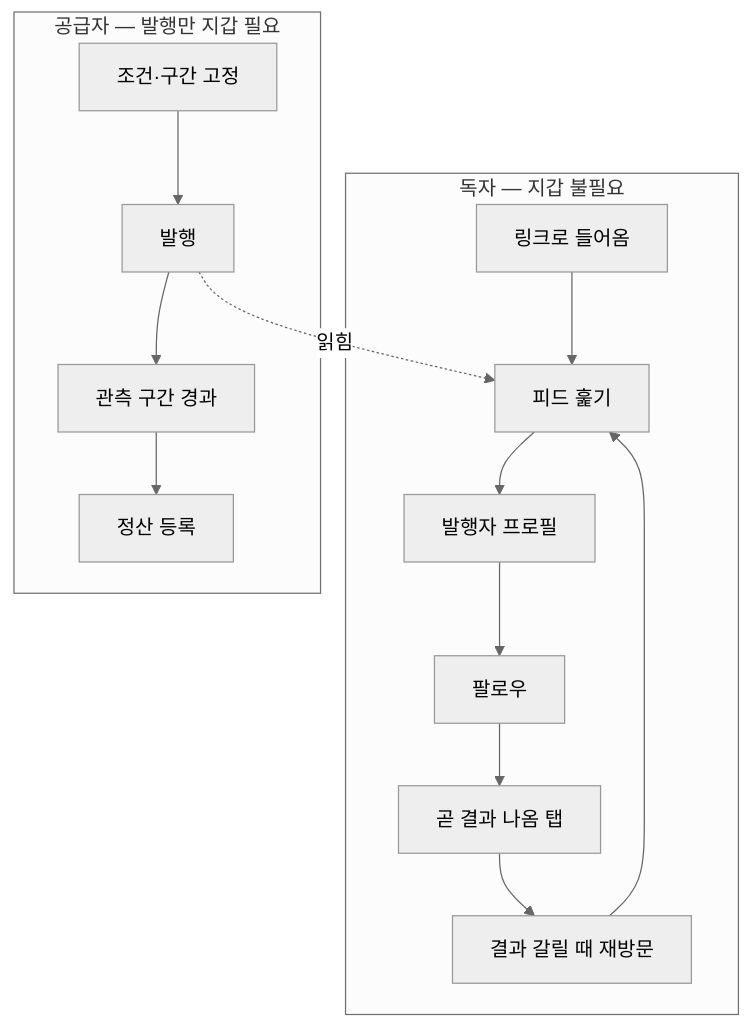
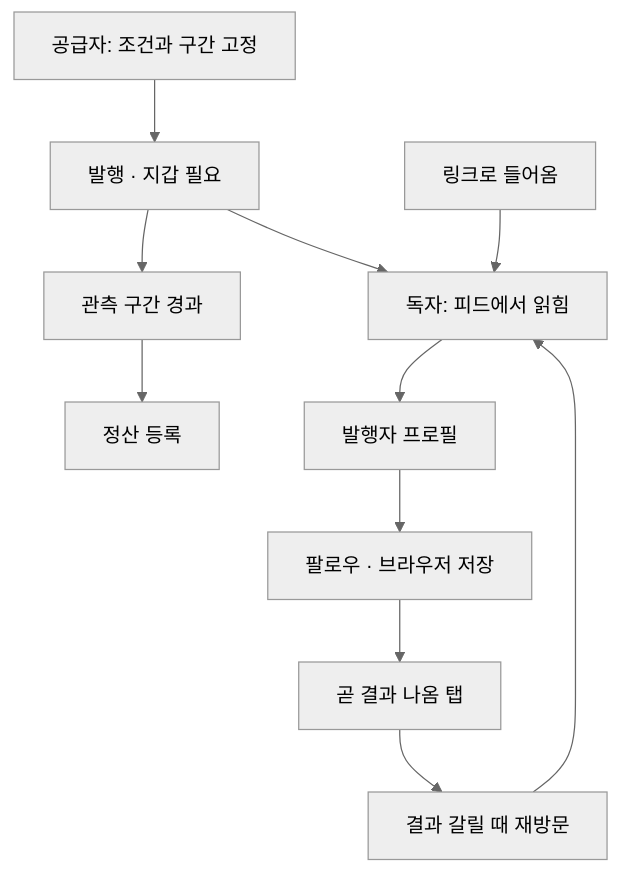
Before and after one commit to Bo621/Maru: the diagram in gitbook/usage/journey.md, drawn with Mermaid (neutral theme). The commit also changed other lines of this file and 6 other files, not shown here.

First line of the commit message:
docs(gitbook): mermaid를 렌더되는 최소 문법으로, 닫히지 않던 굵은 글씨 8곳 수정

````diff
--- a/gitbook/usage/journey.md
+++ b/gitbook/usage/journey.md
@@ -10,17 +10,13 @@
 ```mermaid
 flowchart TD
-    subgraph 독자["독자 — 지갑 불필요"]
-        R1[링크로 들어옴] --> R2[피드 훑기]
-        R2 --> R3[발행자 프로필]
-        R3 --> R4[팔로우]
-        R4 --> R5[곧 결과 나옴 탭]
-        R5 --> R6[결과 갈릴 때 재방문]
-        R6 --> R2
-    end
-    subgraph 공급자["공급자 — 발행만 지갑 필요"]
-        W1[조건·구간 고정] --> W2[발행]
-        W2 --> W3[관측 구간 경과]
-        W3 --> W4[정산 등록]
-    end
-    W2 -.읽힘.-> R2
+    W1[공급자: 조건과 구간 고정] --> W2[발행 · 지갑 필요]
+    W2 --> W3[관측 구간 경과]
+    W3 --> W4[정산 등록]
+    W2 --> R2[독자: 피드에서 읽힘]
+    R1[링크로 들어옴] --> R2
+    R2 --> R3[발행자 프로필]
+    R3 --> R4[팔로우 · 브라우저 저장]
+    R4 --> R5[곧 결과 나옴 탭]
+    R5 --> R6[결과 갈릴 때 재방문]
+    R6 --> R2
 ```
````
